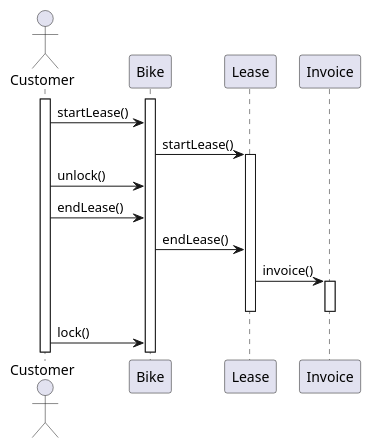
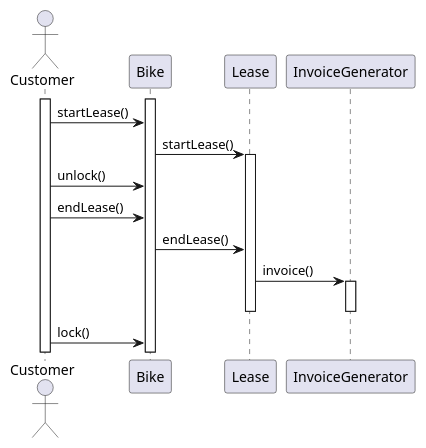
Before and after one commit to rbind/data-blog: the diagram in content/post/programming/solid_principles_S.puml, drawn with PlantUML. The commit also changed 5 other files, not shown here.

```diff
--- a/content/post/programming/solid_principles_S.puml
+++ b/content/post/programming/solid_principles_S.puml
@@ -1,16 +1,16 @@
 @startuml
 actor Customer
 activate Customer
 activate Bike
 Customer -> Bike: startLease()
 Bike -> Lease : startLease()
 activate Lease
 Customer -> Bike: unlock()
 Customer -> Bike: endLease()
 Bike -> Lease : endLease()
-Lease -> Invoice : invoice()
-activate Invoice
-deactivate Invoice
+Lease -> InvoiceGenerator : invoice()
+activate InvoiceGenerator
+deactivate InvoiceGenerator
 deactivate Lease
 Customer -> Bike: lock()
 @enduml
```
